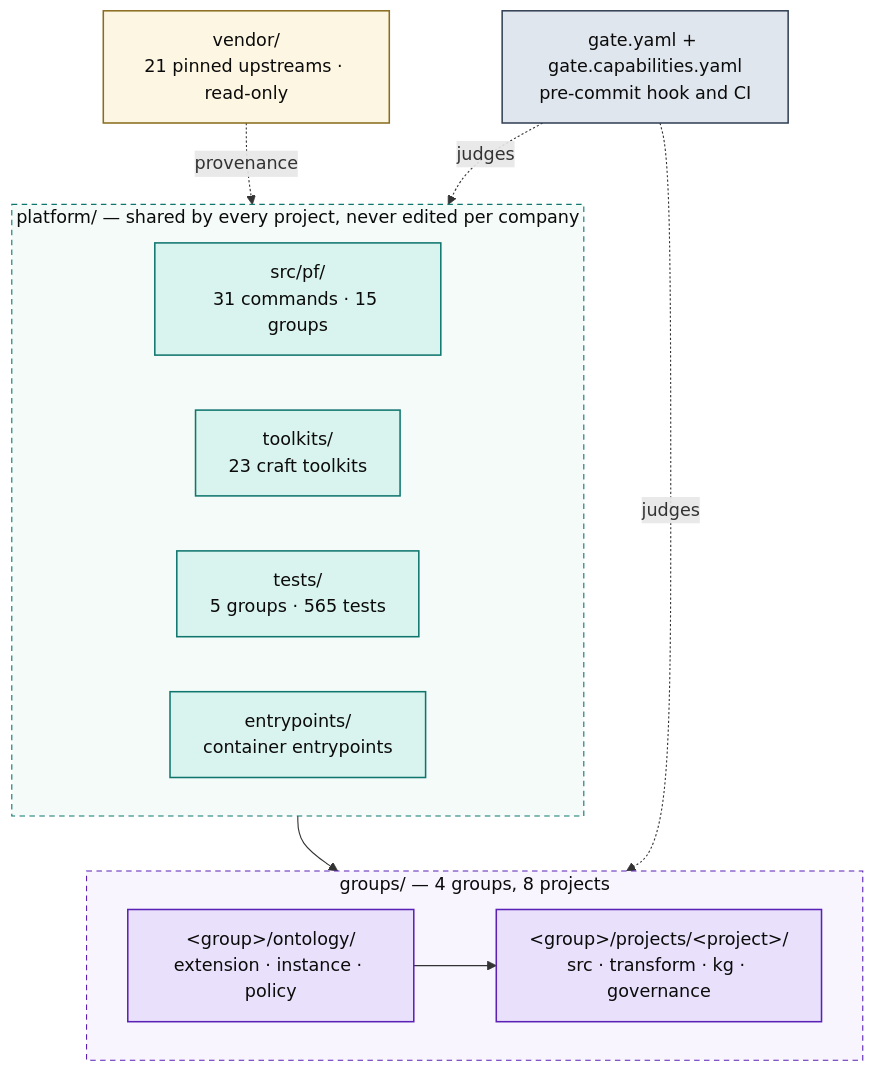
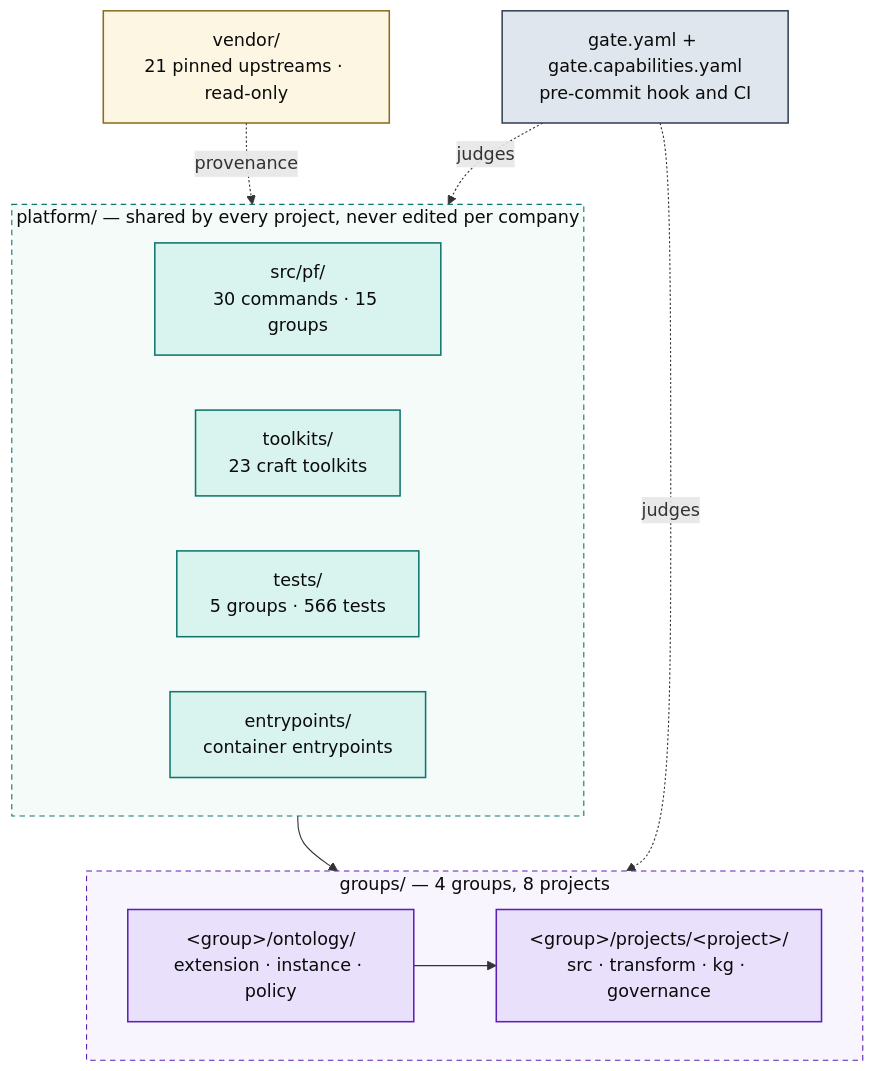
The first of 5 diagrams in docs/ARCHITECTURE.md (Atomz-org/data-platform), drawn with Mermaid before and after one commit. The commit also changed other lines of this file and 3 other files, not shown here.

````diff
--- a/docs/ARCHITECTURE.md
+++ b/docs/ARCHITECTURE.md
@@ -15,36 +15,36 @@
 ```mermaid
 flowchart TB
   subgraph SHARED["platform/ — shared by every project, never edited per company"]
     direction LR
-    ENG["src/pf/<br/>31 commands · 15 groups"]
+    ENG["src/pf/<br/>30 commands · 15 groups"]
     TK["toolkits/<br/>23 craft toolkits"]
-    TST["tests/<br/>5 groups · 565 tests"]
+    TST["tests/<br/>5 groups · 566 tests"]
     ENT["entrypoints/<br/>container entrypoints"]
   end
 
   subgraph ENTITIES["groups/ — 4 groups, 8 projects"]
     direction LR
     GRP["&lt;group&gt;/ontology/<br/>extension · instance · policy"]
     PRJ["&lt;group&gt;/projects/&lt;project&gt;/<br/>src · transform · kg · governance"]
     GRP --> PRJ
   end
 
   VEN["vendor/<br/>21 pinned upstreams · read-only"]
   GATE["gate.yaml + gate.capabilities.yaml<br/>pre-commit hook and CI"]
 
   SHARED --> ENTITIES
   VEN -.provenance.-> SHARED
   GATE -.judges.-> ENTITIES
   GATE -.judges.-> SHARED
 
   classDef code fill:#d9f4ee,stroke:#0f766e,stroke-width:1.4px,color:#0b0b0b
   classDef data fill:#e9e1fb,stroke:#5b21b6,stroke-width:1.4px,color:#0b0b0b
   classDef gov fill:#e0e6ed,stroke:#334155,stroke-width:1.4px,color:#0b0b0b
   classDef ext fill:#fdf6e3,stroke:#8a6d1f,stroke-width:1.4px,color:#0b0b0b
   class ENG,TK,TST,ENT code
   class GRP,PRJ data
   class GATE gov
   class VEN ext
   style SHARED fill:#f4fbf9,stroke:#0f766e,stroke-dasharray:5 4,color:#0b0b0b
   style ENTITIES fill:#f8f5fe,stroke:#5b21b6,stroke-dasharray:5 4,color:#0b0b0b
 ```
````
